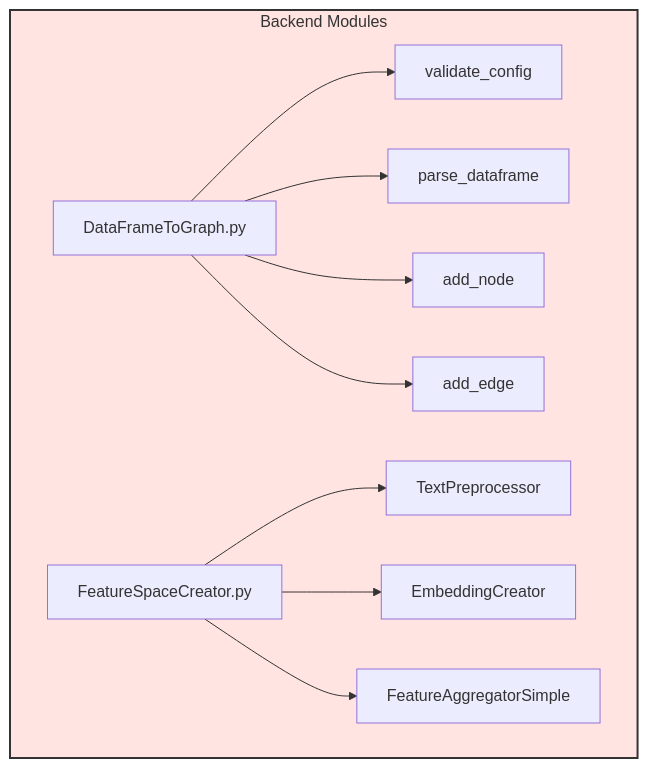
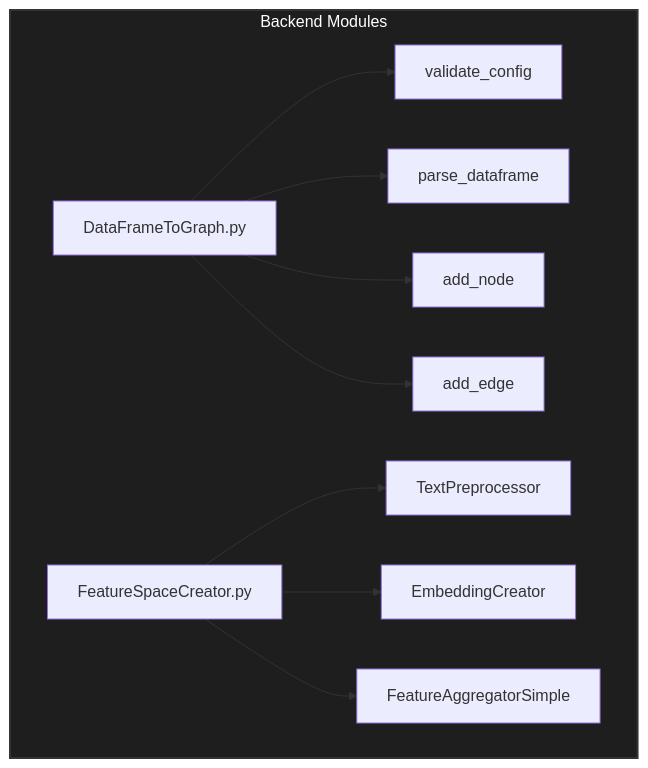
The sixth of 6 diagrams in README.md (MaLoskins/GNN_Application), drawn with Mermaid before and after one commit. The commit also changed other lines of this file, not shown here.

````diff
--- a/README.md
+++ b/README.md
@@ -917,17 +917,17 @@
 ```mermaid
 graph TD
     %% Additional Backend Modules
     subgraph Backend_Modules [Backend Modules]
         DataFrameToGraph[DataFrameToGraph.py] --> ValidateConfig[validate_config]
         DataFrameToGraph --> ParseDataFrame[parse_dataframe]
         DataFrameToGraph --> AddNode[add_node]
         DataFrameToGraph --> AddEdge[add_edge]
         FeatureSpaceCreator[FeatureSpaceCreator.py] --> TextPreprocessor[TextPreprocessor]
         FeatureSpaceCreator --> EmbeddingCreator[EmbeddingCreator]
         FeatureSpaceCreator --> FeatureAggregator[FeatureAggregatorSimple]
     end
     
     %% Styling
-    classDef backend fill:#ffe4e1,stroke:#333,stroke-width:2px;
+    classDef backend fill:#1e1e1e,stroke:#333333,stroke-width:2px,color:#ffffff;
     class Backend_Modules backend;
 ```
````
